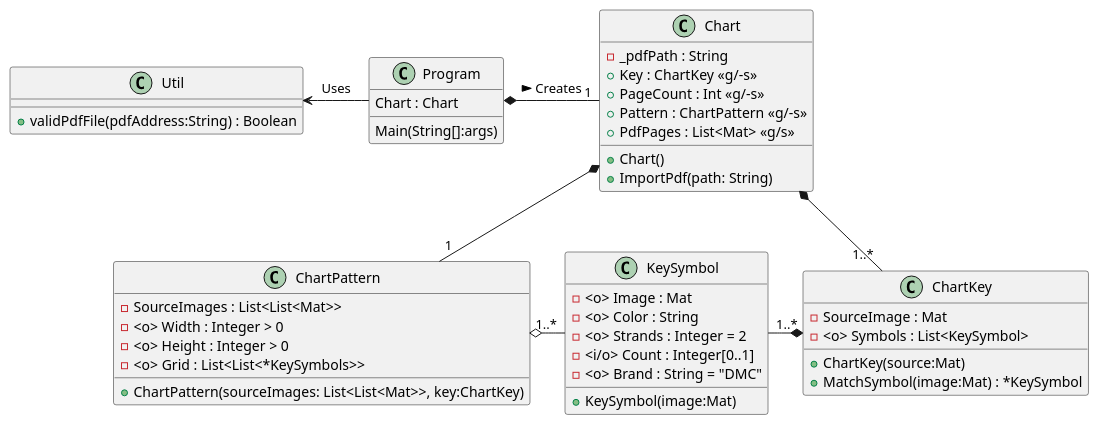
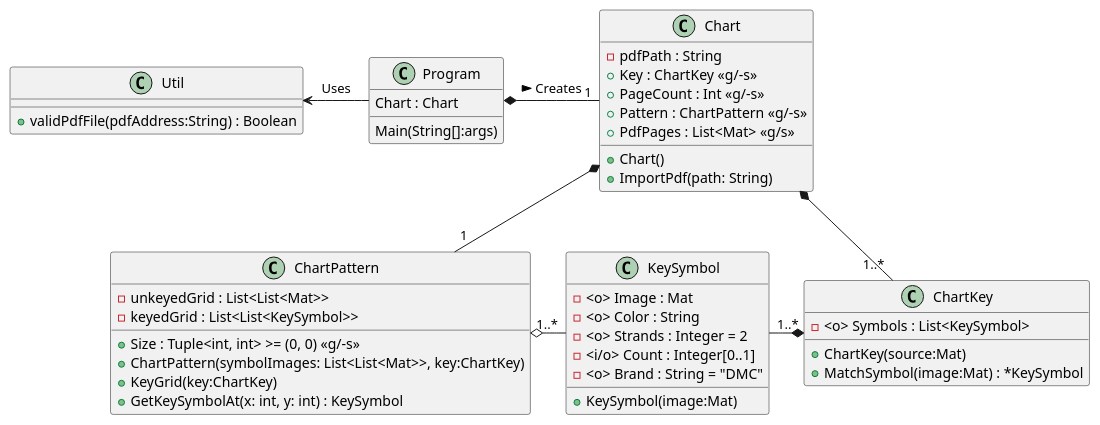
One commit to Badwolf369/PatternSeer changed the diagram in doc/classes.md. Above: the diagram before and after it, drawn with PlantUML.

Commit message:
Update ChartPattern documentation

```diff
--- a/doc/classes.md
+++ b/doc/classes.md
@@ -1,48 +1,48 @@
 @startuml
 class Program {
     Chart : Chart
     Main(String[]:args)
 }
 class Chart {
-    -_pdfPath : String
+    -pdfPath : String
     +Key : ChartKey <<g/-s>>
     +PageCount : Int <<g/-s>>
     +Pattern : ChartPattern <<g/-s>>
     +PdfPages : List<Mat> <<g/s>>
     +Chart()
     +ImportPdf(path: String)
 }
 class ChartPattern {
-    -SourceImages : List<List<Mat>>
-    -<o> Width : Integer > 0
-    -<o> Height : Integer > 0
-    -<o> Grid : List<List<*KeySymbols>>
-    +ChartPattern(sourceImages: List<List<Mat>>, key:ChartKey)
+    -unkeyedGrid : List<List<Mat>>
+    -keyedGrid : List<List<KeySymbol>>
+    +Size : Tuple<int, int> >= (0, 0) <<g/-s>>
+    +ChartPattern(symbolImages: List<List<Mat>>, key:ChartKey)
+    +KeyGrid(key:ChartKey)
+    +GetKeySymbolAt(x: int, y: int) : KeySymbol
 }
 class ChartKey {
-    -SourceImage : Mat
     -<o> Symbols : List<KeySymbol>
     +ChartKey(source:Mat)
     +MatchSymbol(image:Mat) : *KeySymbol
 }
 class KeySymbol {
     -<o> Image : Mat
     -<o> Color : String
     -<o> Strands : Integer = 2
     -<i/o> Count : Integer[0..1]
     -<o> Brand : String = "DMC"
     +KeySymbol(image:Mat)
 }
 
 Chart "1" -l-* Program : < Creates
 ChartKey "1..*" -u-* Chart
 ChartPattern "1" -u-* Chart
 KeySymbol "1..*" -l-o ChartPattern
 KeySymbol "1..*" -r-* ChartKey
 
 class Util {
     +validPdfFile(pdfAddress:String) : Boolean
 }
 
 Program -l-> Util : Uses
 @enduml
```
